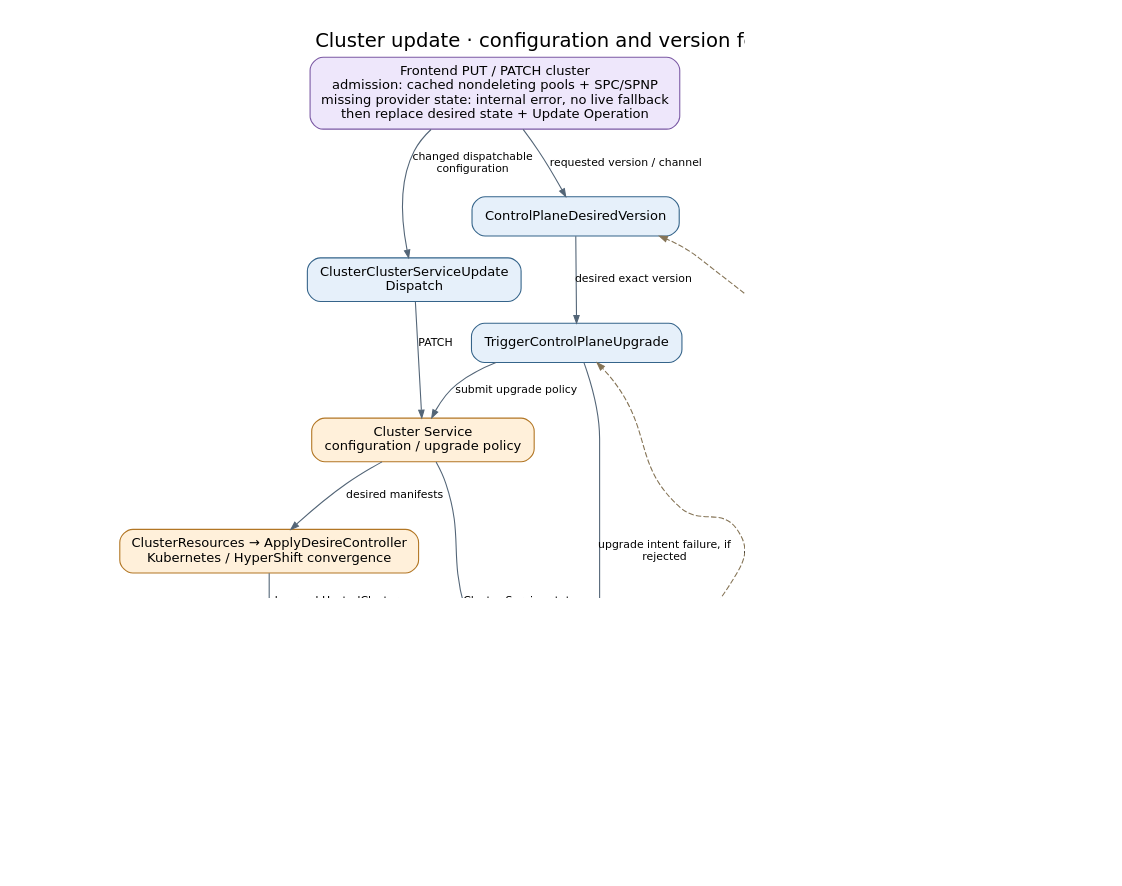
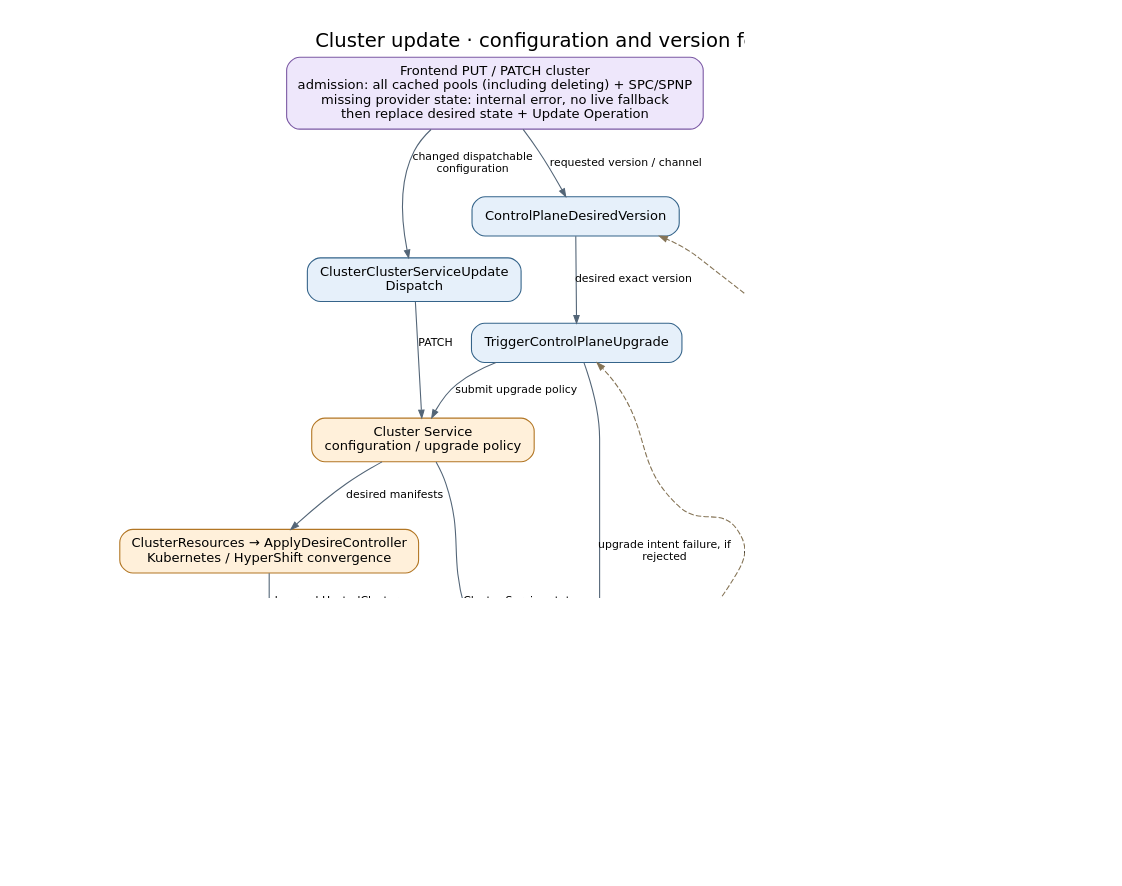
The diagram in docs/diagrams/controller-flows/cluster-update.dot (Azure/ARO-HCP), drawn with Graphviz before and after one commit. The commit also changed 12 other files, not shown here.

Commit message:
fix(frontend): retain deleting pools in admission validation

```diff
--- a/docs/diagrams/controller-flows/cluster-update.dot
+++ b/docs/diagrams/controller-flows/cluster-update.dot
@@ -1,34 +1,34 @@
 digraph cluster_update {
   graph [rankdir=TB, bgcolor="white", pad="0.3", nodesep="0.4", ranksep="0.55", fontname="DejaVu Sans", fontsize=18, labelloc=t, label="Cluster update · configuration and version feedback", dpi=110];
   node [shape=box, style="rounded,filled", fillcolor="#e6f0fa", color="#35648a", fontname="DejaVu Sans", fontsize=12, margin="0.16,0.10"];
   edge [color="#536577", fontname="DejaVu Sans", fontsize=10, arrowsize=0.7];
-  put [label="Frontend PUT / PATCH cluster\nadmission: cached nondeleting pools + SPC/SPNP\nmissing provider state: internal error, no live fallback\nthen replace desired state + Update Operation", fillcolor="#eee7fb", color="#7b59a4"];
+  put [label="Frontend PUT / PATCH cluster\nadmission: all cached pools (including deleting) + SPC/SPNP\nmissing provider state: internal error, no live fallback\nthen replace desired state + Update Operation", fillcolor="#eee7fb", color="#7b59a4"];
   dispatch [label="ClusterClusterServiceUpdate\nDispatch", fillcolor="#e6f0fa", color="#35648a"];
   desired [label="ControlPlaneDesiredVersion", fillcolor="#e6f0fa", color="#35648a"];
   upgrade [label="TriggerControlPlaneUpgrade", fillcolor="#e6f0fa", color="#35648a"];
   cs [label="Cluster Service\nconfiguration / upgrade policy", fillcolor="#fff0da", color="#b27624"];
   kube [label="ClusterResources → ApplyDesireController\nKubernetes / HyperShift convergence", fillcolor="#fff0da", color="#b27624"];
   mirror [label="ReadDesireKubernetesController", fillcolor="#e6f0fa", color="#35648a"];
   active [label="ControlPlaneActiveVersions", fillcolor="#e6f0fa", color="#35648a"];
   validation [label="Cluster validation controllers\nServiceProviderCluster.Status.Validations", fillcolor="#e6f0fa", color="#35648a"];
   op [label="OperationClusterUpdate", fillcolor="#e6f0fa", color="#35648a"];
   done [label="ARM terminal operation state\nSucceeded or Failed", fillcolor="#e4f2e5", color="#4c8053"];
   put -> dispatch [label="changed dispatchable\nconfiguration"];
   put -> desired [label="requested version / channel"];
   desired -> upgrade [label="desired exact version"];
   dispatch -> cs [label="PATCH"];
   upgrade -> cs [label="submit upgrade policy"];
   cs -> kube [label="desired manifests"];
   kube -> mirror [label="observed HostedCluster"];
   mirror -> active [label="version history"];
   cs -> op [label="Cluster Service state"];
   mirror -> op [label="observed readiness / version"];
   upgrade -> op [label="upgrade intent failure, if\nrejected"];
   validation -> op [label="False: Provisioning + InvalidResource;\nfailure and operation each >= 5m: Failed;\nall True: ready"];
   op -> done [label="completion or failure checks"];
   observed [label="Customer resource Status.ActiveVersions\nmajor.minor versions", fillcolor="#e4f2e5", color="#4c8053"];
   active -> observed [label="separate Cosmos replace"];
   active -> upgrade [label="active versus desired", style=dashed, color="#857456", constraint=false];
   active -> desired [label="observed versions constrain\nnext selection", style=dashed, color="#857456", constraint=false];
   op -> op [label="still progressing: poll again", style=dashed, color="#857456", constraint=false];
 }
```
